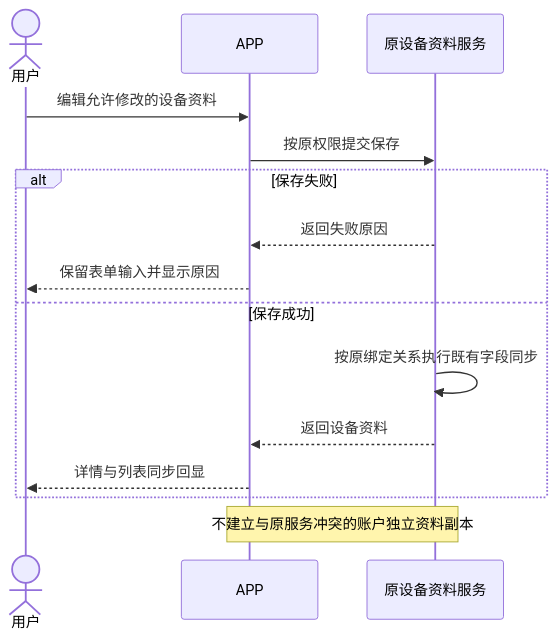
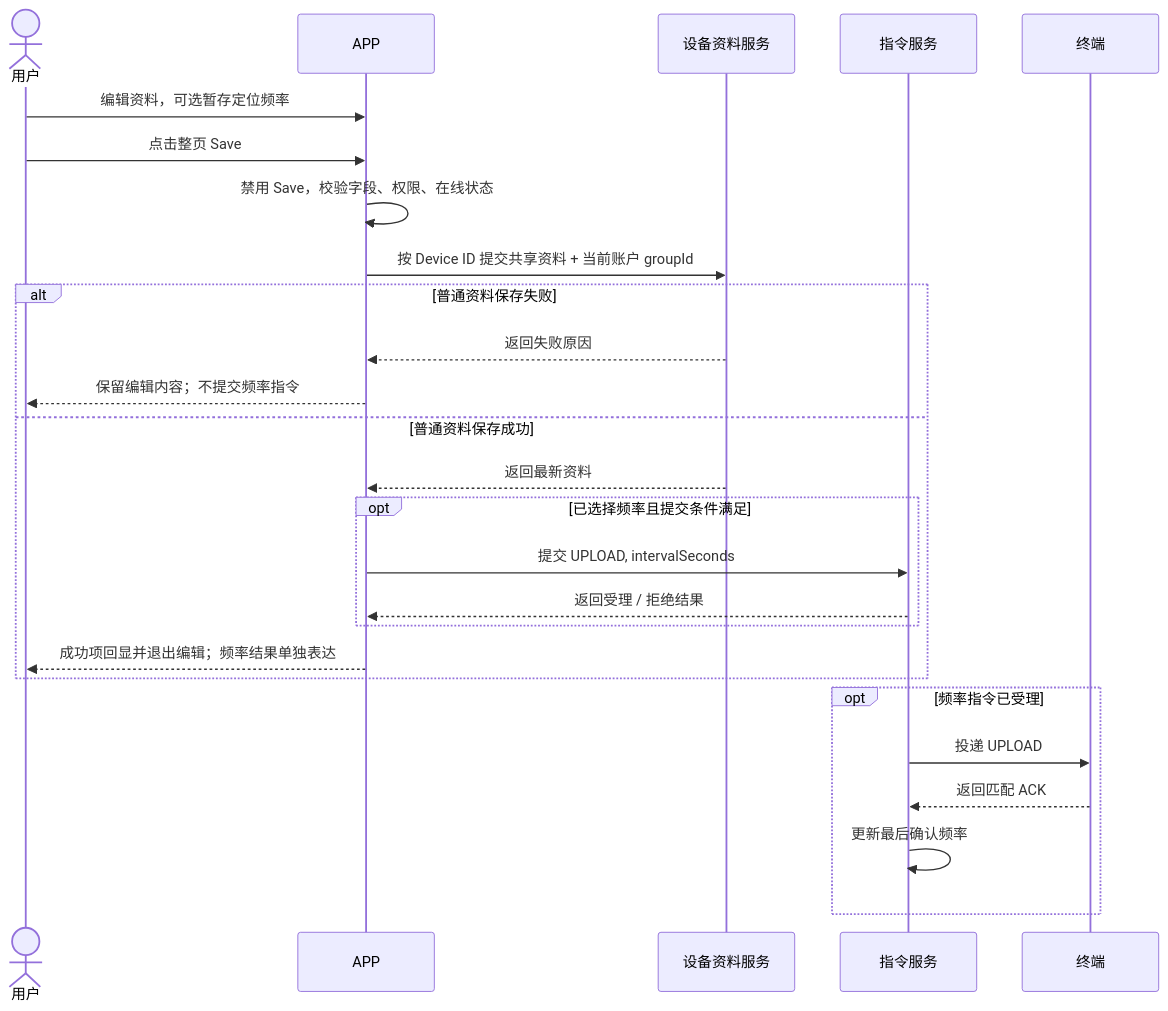
Diagram 12 of 15 in docs/manuals/革泰/逻辑大纲/革泰 APP 设备管理逻辑点梳理 plan.md (CuMgNa/skills), drawn with Mermaid before and after one commit. The commit also changed other lines of this file and 75 other files, not shown here.

````diff
--- a/docs/manuals/革泰/逻辑大纲/革泰 APP 设备管理逻辑点梳理 plan.md
+++ b/docs/manuals/革泰/逻辑大纲/革泰 APP 设备管理逻辑点梳理 plan.md
@@ -676,17 +952,29 @@
 ```mermaid
 sequenceDiagram
     actor User as 用户
     participant App as APP
-    participant Service as 原设备资料服务
-    User->>App: 编辑允许修改的设备资料
-    App->>Service: 按原权限提交保存
-    alt 保存失败
-        Service-->>App: 返回失败原因
-        App-->>User: 保留表单输入并显示原因
-    else 保存成功
-        Service->>Service: 按原绑定关系执行既有字段同步
-        Service-->>App: 返回设备资料
-        App-->>User: 详情与列表同步回显
+    participant Profile as 设备资料服务
+    participant Command as 指令服务
+    participant Device as 终端
+
+    User->>App: 编辑资料，可选暂存定位频率
+    User->>App: 点击整页 Save
+    App->>App: 禁用 Save，校验字段、权限、在线状态
+    App->>Profile: 按 Device ID 提交共享资料 + 当前账户 groupId
+    alt 普通资料保存失败
+        Profile-->>App: 返回失败原因
+        App-->>User: 保留编辑内容；不提交频率指令
+    else 普通资料保存成功
+        Profile-->>App: 返回最新资料
+        opt 已选择频率且提交条件满足
+            App->>Command: 提交 UPLOAD, intervalSeconds
+            Command-->>App: 返回受理 / 拒绝结果
+        end
+        App-->>User: 成功项回显并退出编辑；频率结果单独表达
     end
-    Note over App,Service: 不建立与原服务冲突的账户独立资料副本
+    opt 频率指令已受理
+        Command->>Device: 投递 UPLOAD
+        Device-->>Command: 返回匹配 ACK
+        Command->>Command: 更新最后确认频率
+    end
 ```
````
